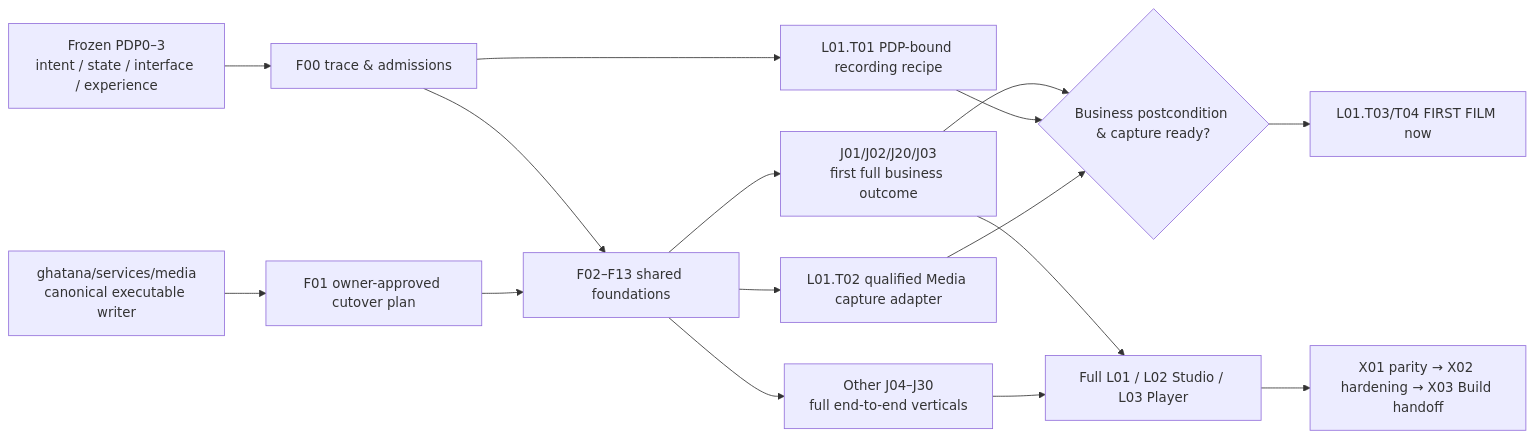
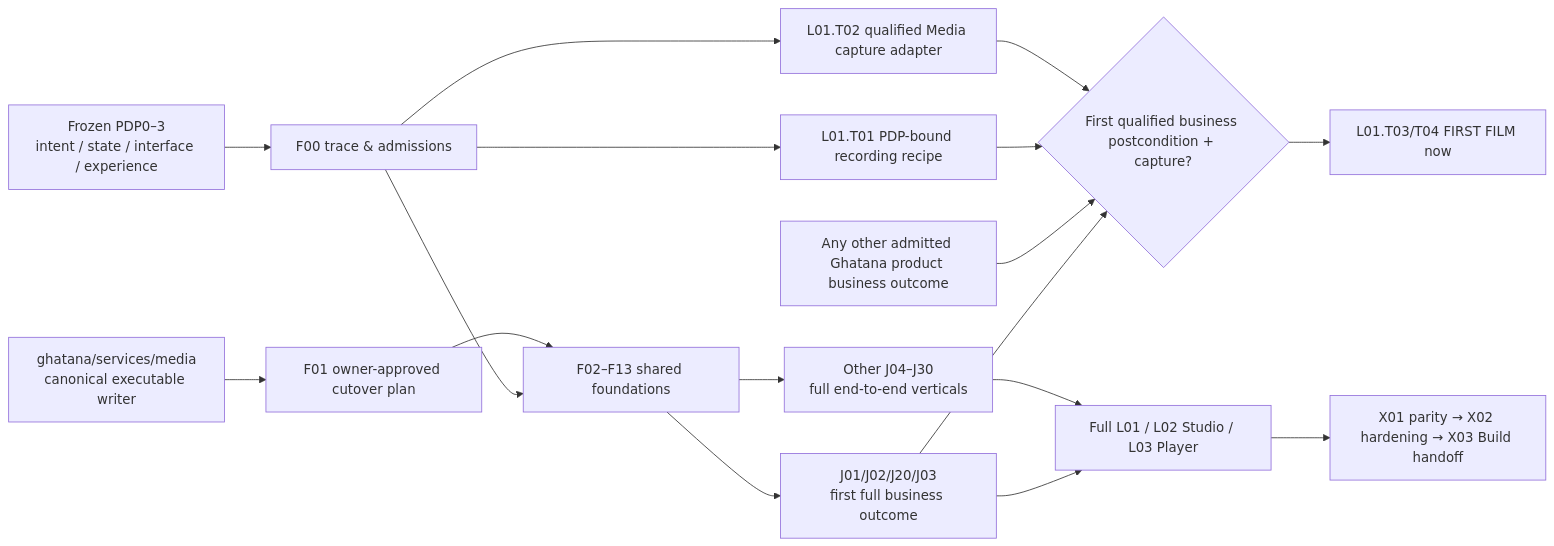
The first of 2 diagrams in docs/implementation/MEDIA-BUILD-IMPLEMENTATION-PLAN.md (samujjwal/ghatana-media), drawn with Mermaid before and after one commit. The commit also changed other lines of this file, not shown here.

Commit message:
Show independent cross-product PDP-governed demo trigger in Media Build DAGs

````diff
--- a/docs/implementation/MEDIA-BUILD-IMPLEMENTATION-PLAN.md
+++ b/docs/implementation/MEDIA-BUILD-IMPLEMENTATION-PLAN.md
@@ -41,18 +41,19 @@
 ```mermaid
 flowchart LR
   PDP["Frozen PDP0–3\nintent / state / interface / experience"] --> TRACE["F00 trace & admissions"]
   WRITER["ghatana/services/media\ncanonical executable writer"] --> CUT["F01 owner-approved cutover plan"]
   TRACE --> F["F02–F13 shared foundations"]
   CUT --> F
   F --> V["J01/J02/J20/J03\nfirst full business outcome"]
   F --> W["Other J04–J30\nfull end-to-end verticals"]
   TRACE --> DP["L01.T01 PDP-bound recording recipe"]
-  F --> QA["L01.T02 qualified Media capture adapter"]
-  V --> FIRST{Business postcondition & capture ready?}
+  TRACE --> QA["L01.T02 qualified Media capture adapter"]
+  V --> FIRST{First qualified business postcondition + capture?}
+  EXT["Any other admitted Ghatana product business outcome"] --> FIRST
   DP --> FIRST
   QA --> FIRST
   FIRST --> REC["L01.T03/T04 FIRST FILM now"]
   V --> S["Full L01 / L02 Studio / L03 Player"]
   W --> S
   S --> X["X01 parity → X02 hardening → X03 Build handoff"]
 ```
````
